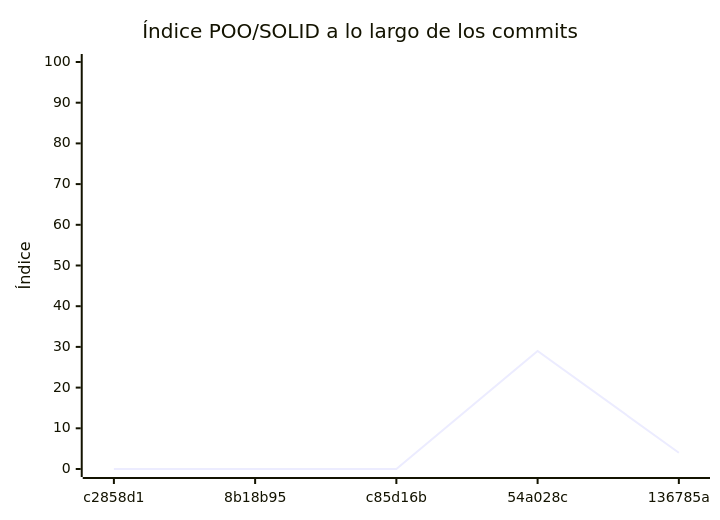
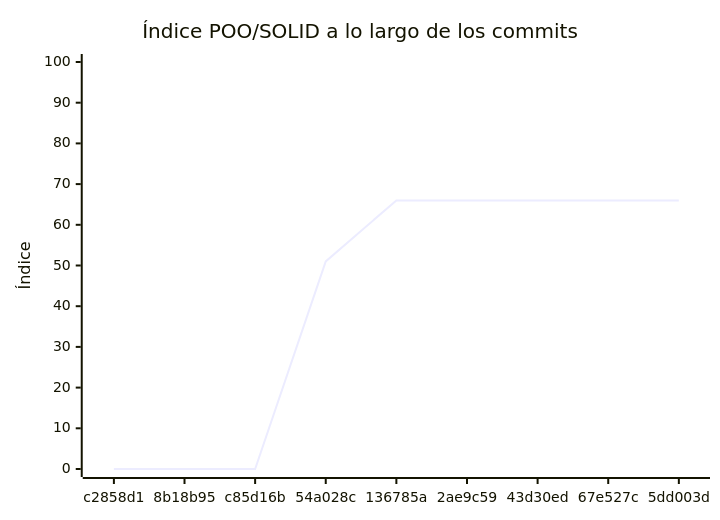
One commit to Fisicos-informaticos/Tiro_Parab-lico changed the diagram in docs/EVALUACION.md. Above: the diagram before and after it, drawn with Mermaid. The commit also changed other lines of this file and 1 other file, not shown here.

````diff
--- a/docs/EVALUACION.md
+++ b/docs/EVALUACION.md
@@ -222,7 +222,7 @@
 ```mermaid
 xychart-beta
     title "Índice POO/SOLID a lo largo de los commits"
-    x-axis ["c2858d1", "8b18b95", "c85d16b", "54a028c", "136785a"]
+    x-axis ["c2858d1", "8b18b95", "c85d16b", "54a028c", "136785a", "2ae9c59", "43d30ed", "67e527c", "5dd003d"]
     y-axis "Índice" 0 --> 100
-    line [0, 0, 0, 29, 4]
+    line [0, 0, 0, 51, 66, 66, 66, 66, 66]
 ```
````
